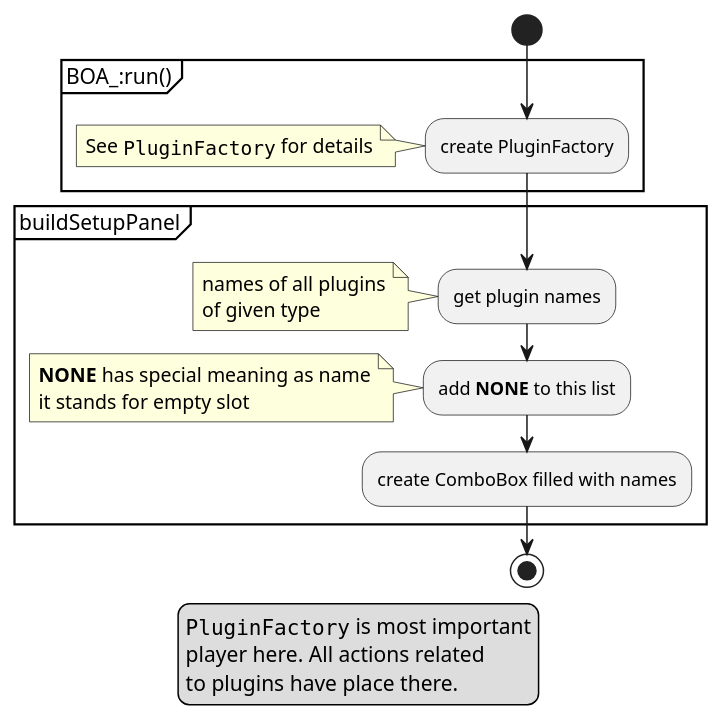
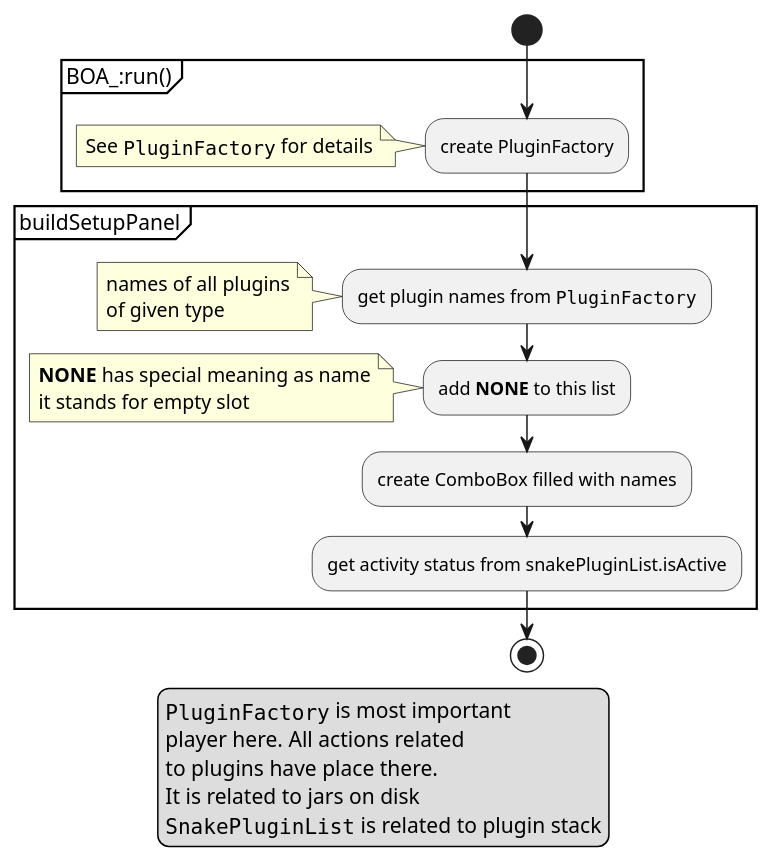
Before and after one commit to CellDynamics/QuimP: the seventh of 8 diagrams in Doxygen_doc/SnakePlugin.md, drawn with PlantUML. The commit also changed other lines of this file and 7 other files, not shown here.

```diff
--- a/Doxygen_doc/SnakePlugin.md
+++ b/Doxygen_doc/SnakePlugin.md
@@ -324,22 +455,25 @@
 @startuml
 start
 partition BOA_:run() {
 :create PluginFactory;
 note left 
 See ""PluginFactory"" for details
 end note
 }
 partition buildSetupPanel {
-:get plugin names;
+:get plugin names from ""PluginFactory"";
 note left: names of all plugins\nof given type
 :add **NONE** to this list;
 note left: **NONE** has special meaning as name\nit stands for empty slot
 :create ComboBox filled with names;
+:get activity status from snakePluginList.isActive;
 }
 stop
 legend
 ""PluginFactory"" is most important
 player here. All actions related
 to plugins have place there.
+It is related to jars on disk
+""SnakePluginList"" is related to plugin stack
 end legend
 @enduml
```
